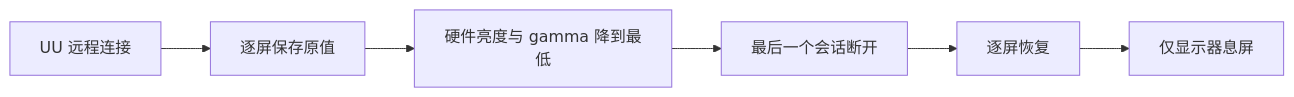
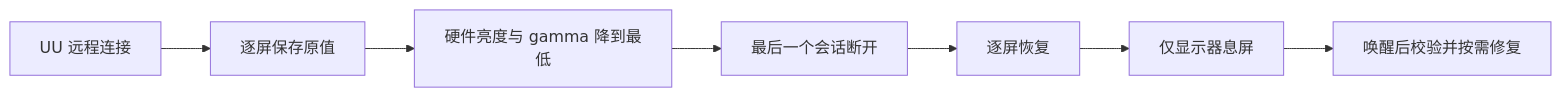
The diagram in README.md (zpmdd/uuremote-brightness-guard), drawn with Mermaid before and after one commit. The commit also changed other lines of this file and 8 other files, not shown here.

````diff
--- a/README.md
+++ b/README.md
@@ -25,8 +25,9 @@
 ```mermaid
 flowchart LR
     A[UU 远程连接] --> B[逐屏保存原值]
     B --> C[硬件亮度与 gamma 降到最低]
     C --> D[最后一个会话断开]
     D --> E[逐屏恢复]
     E --> F[仅显示器息屏]
+    F --> G[唤醒后校验并按需修复]
 ```
````
